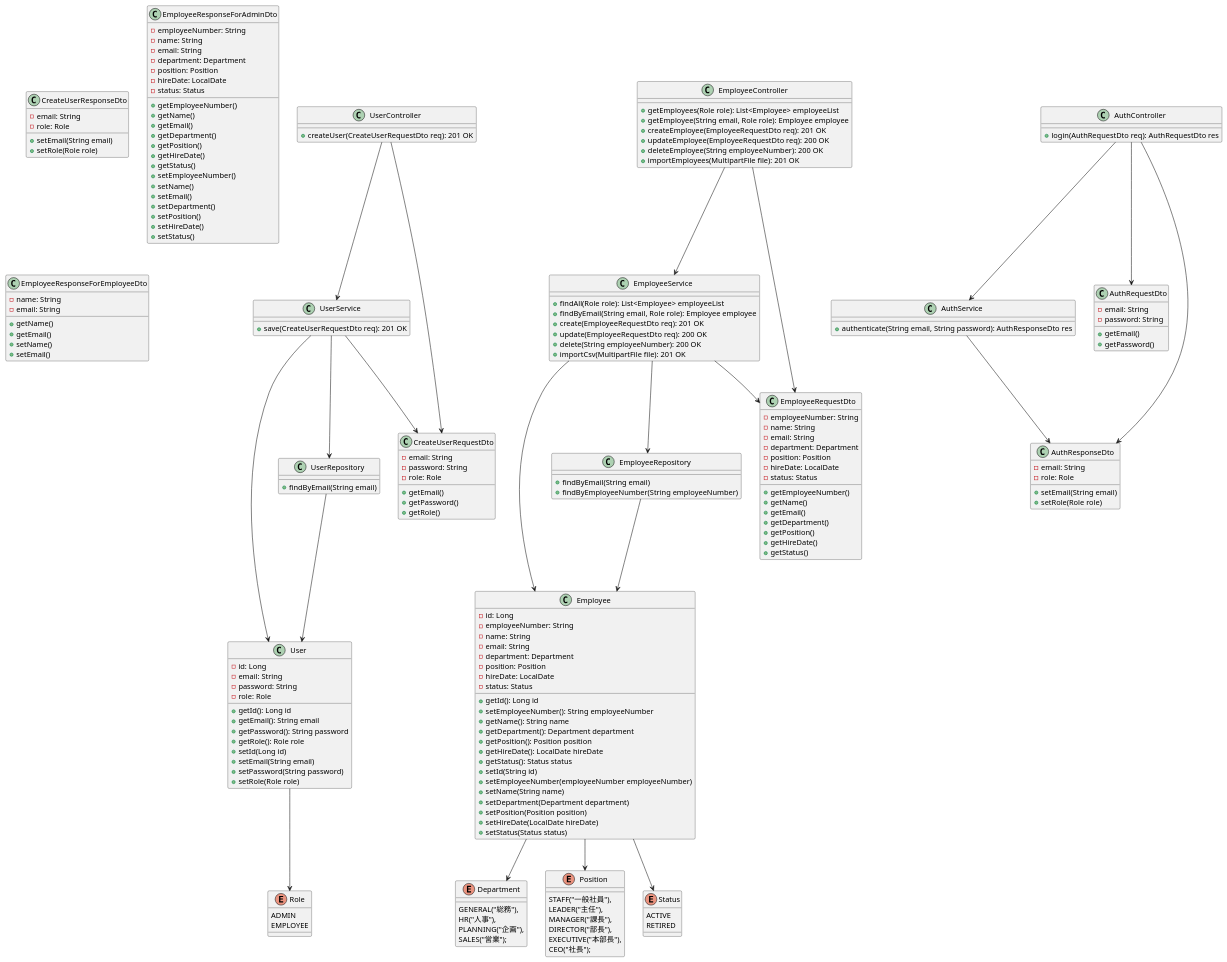
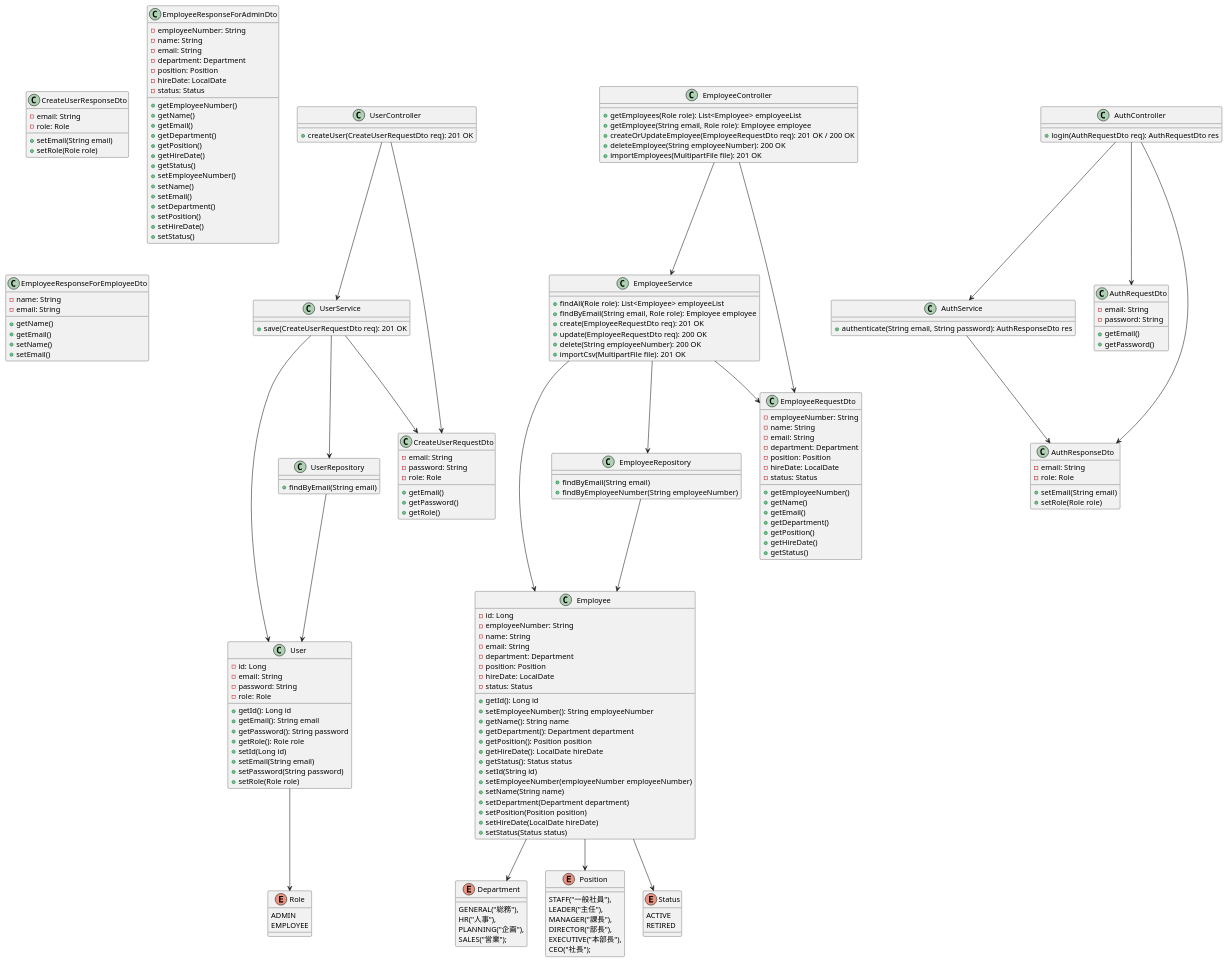
One commit to tettamasuyama/group-assignment changed the diagram in uml/code/class.puml. Above: the diagram before and after it, drawn with PlantUML. The commit also changed 3 other files, not shown here.

```diff
--- a/uml/code/class.puml
+++ b/uml/code/class.puml
@@ -148,8 +148,7 @@
 class EmployeeController {
   + getEmployees(Role role): List<Employee> employeeList
   + getEmployee(String email, Role role): Employee employee
-  + createEmployee(EmployeeRequestDto req): 201 OK
-  + updateEmployee(EmployeeRequestDto req): 200 OK 
+  + createOrUpdateEmployee(EmployeeRequestDto req): 201 OK / 200 OK
   + deleteEmployee(String employeeNumber): 200 OK
   + importEmployees(MultipartFile file): 201 OK
 }
```
